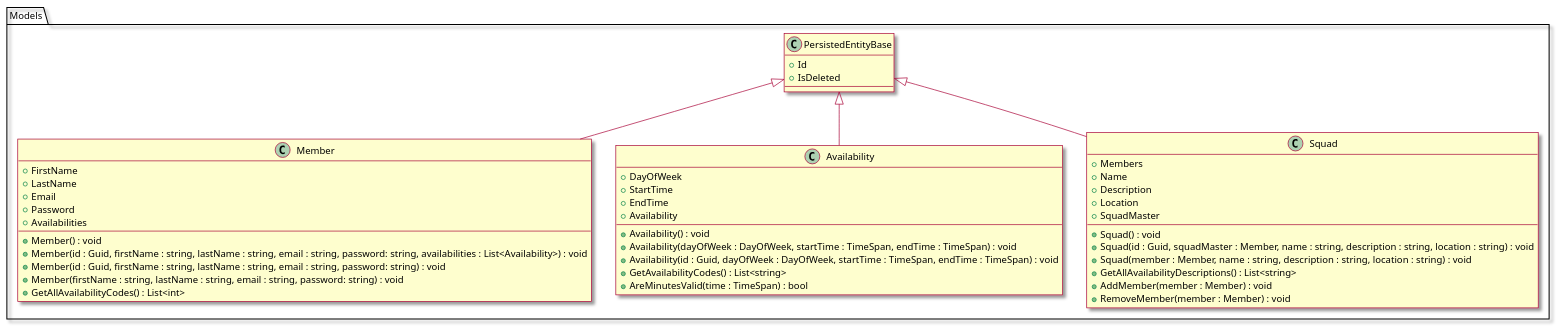
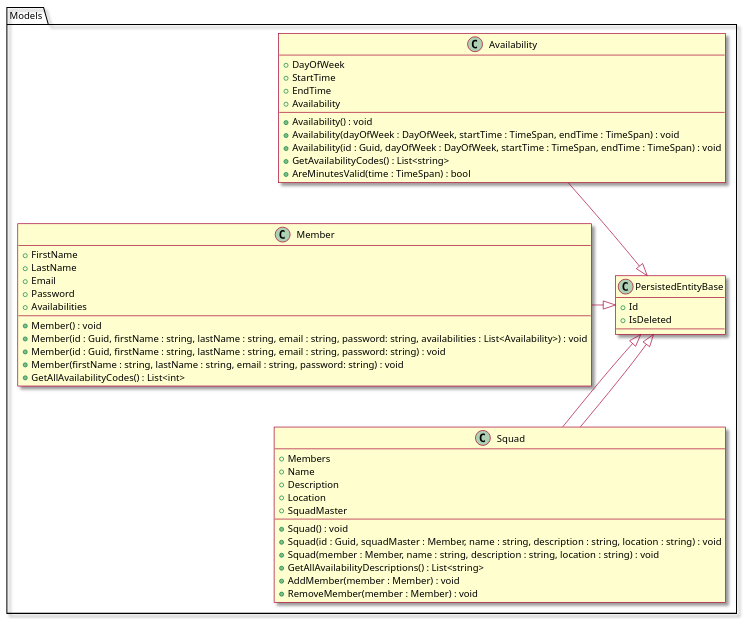
One commit to dhilbmann/ScheduSquad changed the diagram in plantuml/ClassDiagrams/ModelClassDiagram.plantuml. Above: the diagram before and after it, drawn with PlantUML. The commit also changed 7 other files, not shown here.

Commit message:
Adds a web diagram and expands the actions on controllers.

```diff
--- a/plantuml/ClassDiagrams/ModelClassDiagram.plantuml
+++ b/plantuml/ClassDiagrams/ModelClassDiagram.plantuml
@@ -1,56 +1,56 @@
 @startuml ModelClassDiagram
 
 skin rose
 
 class Models.PersistedEntityBase {
     +Id
     +IsDeleted
 }
 
 class Models.Member {
     +FirstName
     +LastName
     +Email
     +Password
     +Availabilities
 
     +Member() : void
     +Member(id : Guid, firstName : string, lastName : string, email : string, password: string, availabilities : List<Availability>) : void
     +Member(id : Guid, firstName : string, lastName : string, email : string, password: string) : void
     +Member(firstName : string, lastName : string, email : string, password: string) : void
     +GetAllAvailabilityCodes() : List<int>
 }
-
+top to bottom direction
 class Models.Availability {
     +DayOfWeek
     +StartTime
     +EndTime
     +Availability
 
     +Availability() : void
     +Availability(dayOfWeek : DayOfWeek, startTime : TimeSpan, endTime : TimeSpan) : void
     +Availability(id : Guid, dayOfWeek : DayOfWeek, startTime : TimeSpan, endTime : TimeSpan) : void
     +GetAvailabilityCodes() : List<string>
     +AreMinutesValid(time : TimeSpan) : bool
 }
-
+Models.PersistedEntityBase <|-- Models.Squad
 class Models.Squad {
     +Members
     +Name
     +Description
     +Location
     +SquadMaster
 
     +Squad() : void
     +Squad(id : Guid, squadMaster : Member, name : string, description : string, location : string) : void
     +Squad(member : Member, name : string, description : string, location : string) : void
     +GetAllAvailabilityDescriptions() : List<string>
     +AddMember(member : Member) : void
     +RemoveMember(member : Member) : void
 }
 
-Models.PersistedEntityBase <|-- Models.Availability
+Models.PersistedEntityBase <|-up- Models.Availability
 Models.PersistedEntityBase <|-- Models.Squad
-Models.PersistedEntityBase <|-- Models.Member
+Models.PersistedEntityBase <|-left- Models.Member
 
 @enduml
```
